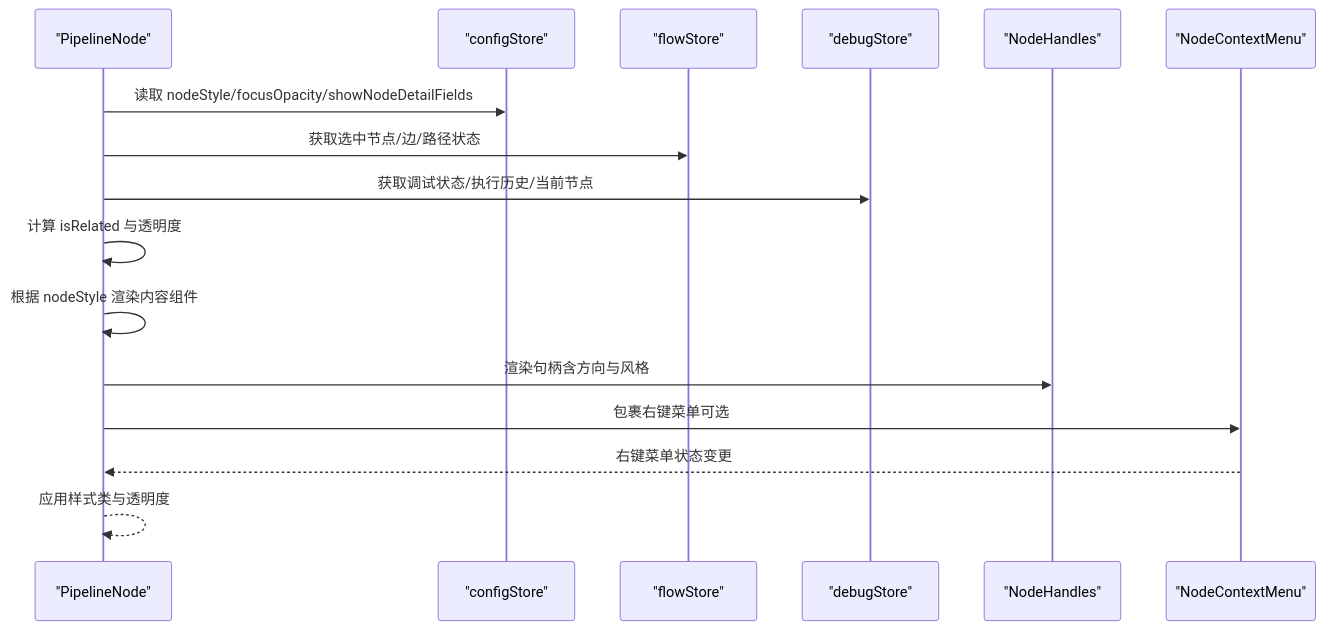
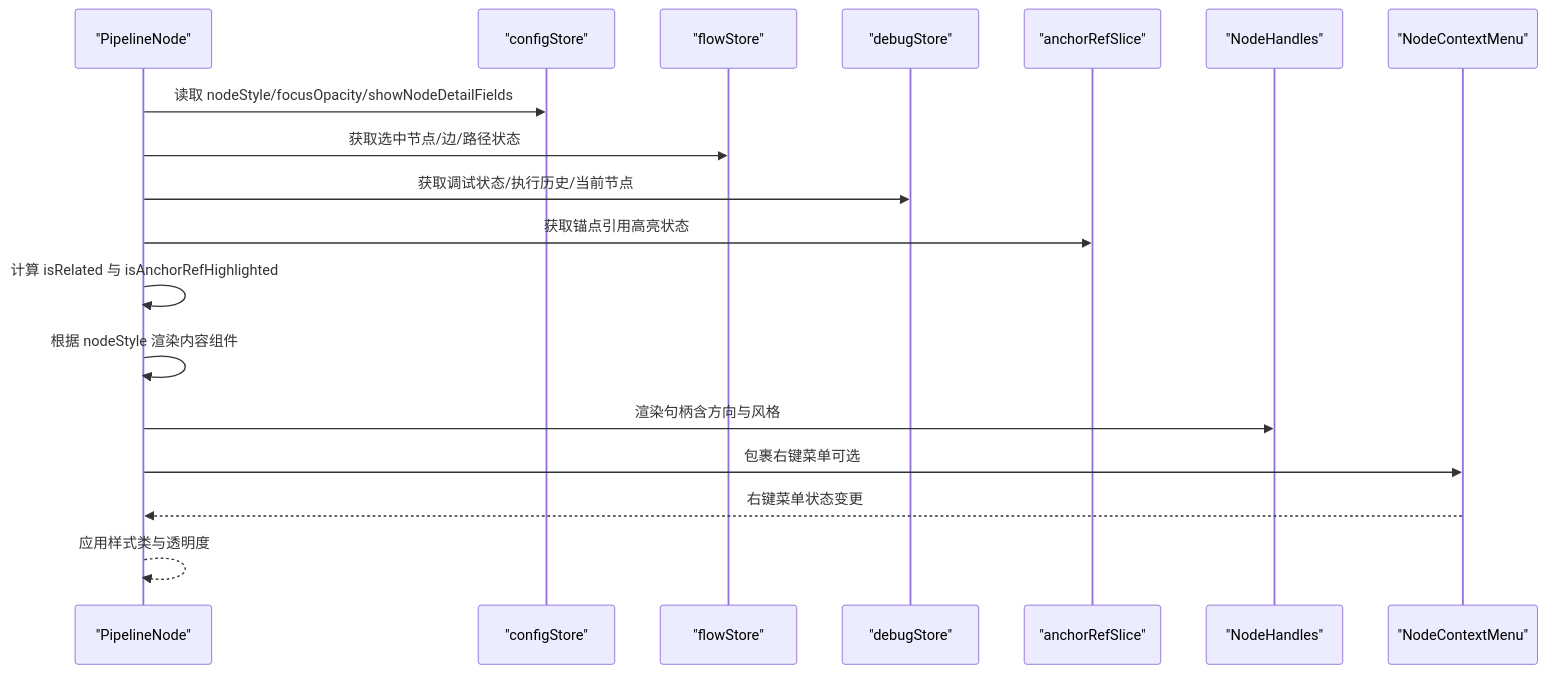
Before and after one commit to kqcoxn/MaaPipelineEditor: the second of 9 diagrams in .qoder/repowiki/zh/content/核心概念/节点系统/Pipeline节点.md, drawn with Mermaid. The commit also changed other lines of this file and 19 other files, not shown here.

````diff
--- a/.qoder/repowiki/zh/content/核心概念/节点系统/Pipeline节点.md
+++ b/.qoder/repowiki/zh/content/核心概念/节点系统/Pipeline节点.md
@@ -136,18 +142,20 @@
 ```mermaid
 sequenceDiagram
 participant UI as "PipelineNode"
 participant CFG as "configStore"
 participant FLOW as "flowStore"
 participant DBG as "debugStore"
+participant ARS as "anchorRefSlice"
 participant H as "NodeHandles"
 participant CM as "NodeContextMenu"
 UI->>CFG : 读取 nodeStyle/focusOpacity/showNodeDetailFields
 UI->>FLOW : 获取选中节点/边/路径状态
 UI->>DBG : 获取调试状态/执行历史/当前节点
-UI->>UI : 计算 isRelated 与透明度
+UI->>ARS : 获取锚点引用高亮状态
+UI->>UI : 计算 isRelated 与 isAnchorRefHighlighted
 UI->>UI : 根据 nodeStyle 渲染内容组件
 UI->>H : 渲染句柄含方向与风格
 UI->>CM : 包裹右键菜单可选
 CM-->>UI : 右键菜单状态变更
 UI-->>UI : 应用样式类与透明度
 ```
````
